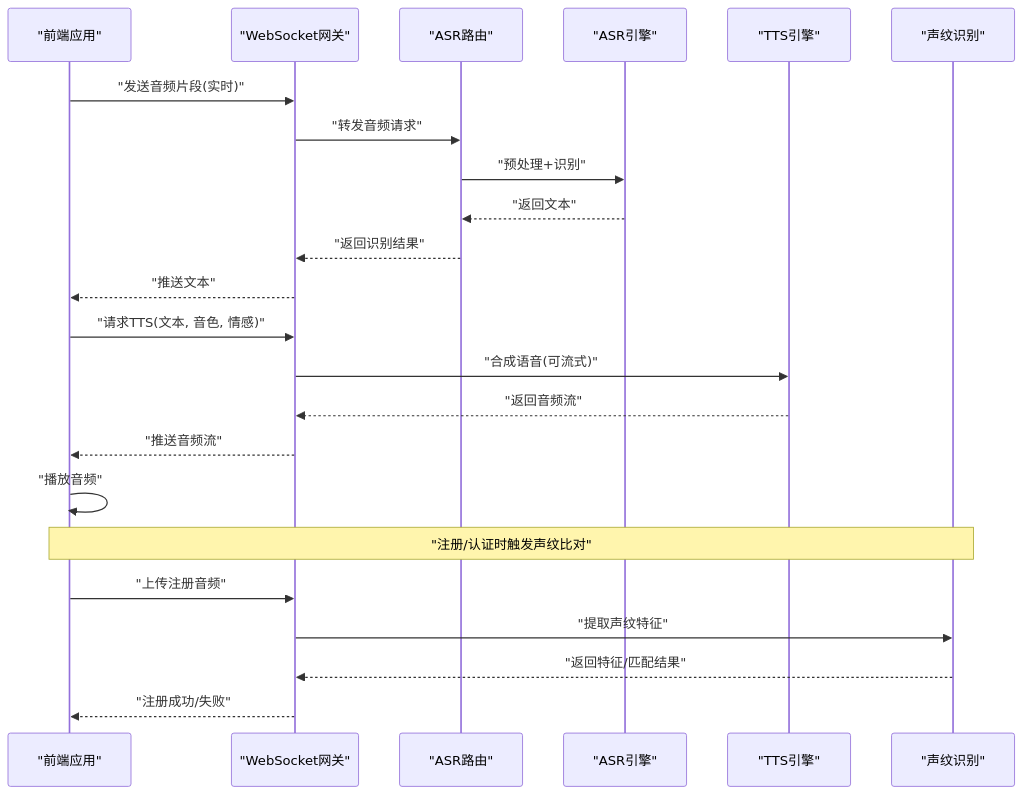
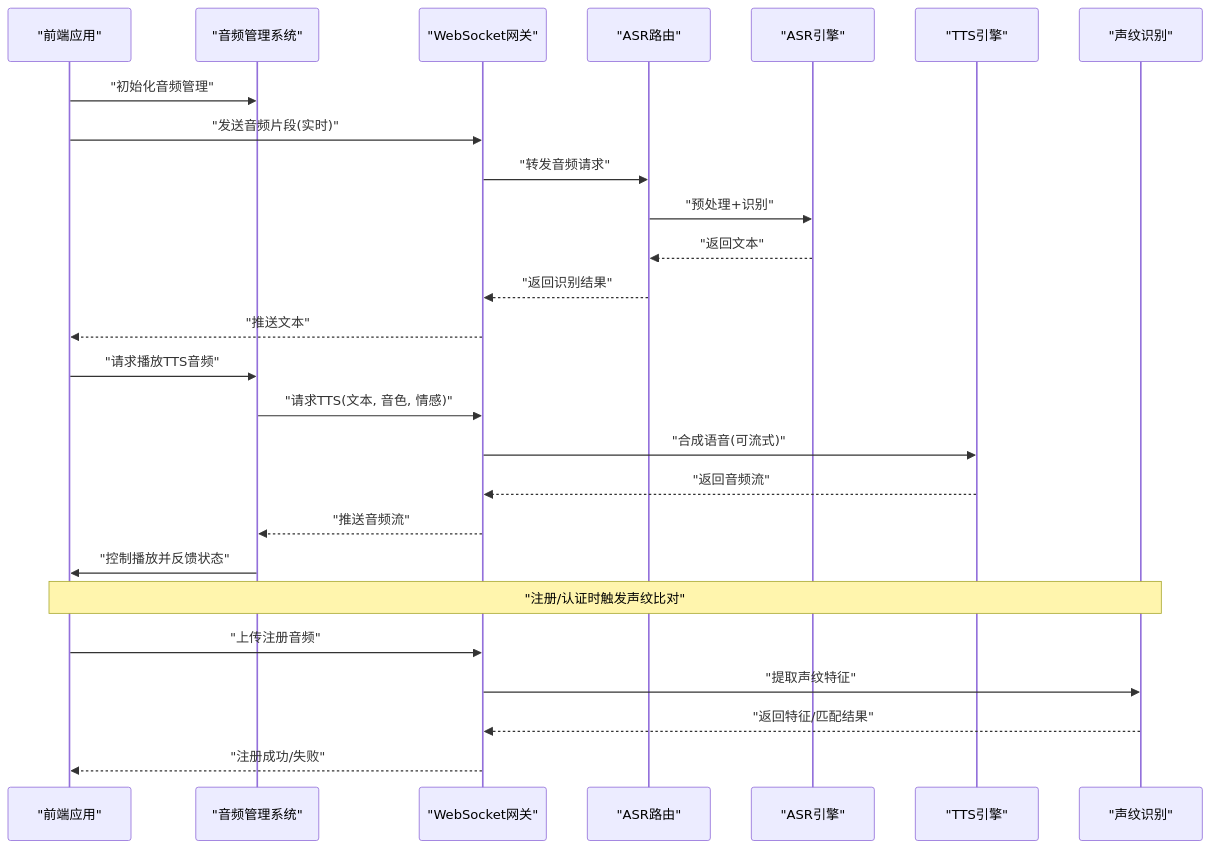
One commit to zmdhdu/NexusCockpit changed the second of 8 diagrams in .qoder/repowiki/zh/content/项目概述/核心特性/语音交互系统/语音交互系统.md. Above: the diagram before and after it, drawn with Mermaid. The commit also changed other lines of this file and 16 other files, not shown here.

````diff
--- a/.qoder/repowiki/zh/content/项目概述/核心特性/语音交互系统/语音交互系统.md
+++ b/.qoder/repowiki/zh/content/项目概述/核心特性/语音交互系统/语音交互系统.md
@@ -134,25 +154,28 @@
 ```mermaid
 sequenceDiagram
 participant FE as "前端应用"
+participant AUDIO_STORE as "音频管理系统"
 participant WS as "WebSocket网关"
 participant ASR_API as "ASR路由"
 participant ASR as "ASR引擎"
 participant TTS as "TTS引擎"
 participant VP as "声纹识别"
+FE->>AUDIO_STORE : "初始化音频管理"
 FE->>WS : "发送音频片段(实时)"
 WS->>ASR_API : "转发音频请求"
 ASR_API->>ASR : "预处理+识别"
 ASR-->>ASR_API : "返回文本"
 ASR_API-->>WS : "返回识别结果"
 WS-->>FE : "推送文本"
-FE->>WS : "请求TTS(文本, 音色, 情感)"
+FE->>AUDIO_STORE : "请求播放TTS音频"
+AUDIO_STORE->>WS : "请求TTS(文本, 音色, 情感)"
 WS->>TTS : "合成语音(可流式)"
 TTS-->>WS : "返回音频流"
-WS-->>FE : "推送音频流"
-FE->>FE : "播放音频"
+WS-->>AUDIO_STORE : "推送音频流"
+AUDIO_STORE->>FE : "控制播放并反馈状态"
 Note over FE,VP : "注册/认证时触发声纹比对"
 FE->>WS : "上传注册音频"
 WS->>VP : "提取声纹特征"
 VP-->>WS : "返回特征/匹配结果"
 WS-->>FE : "注册成功/失败"
 ```
````
